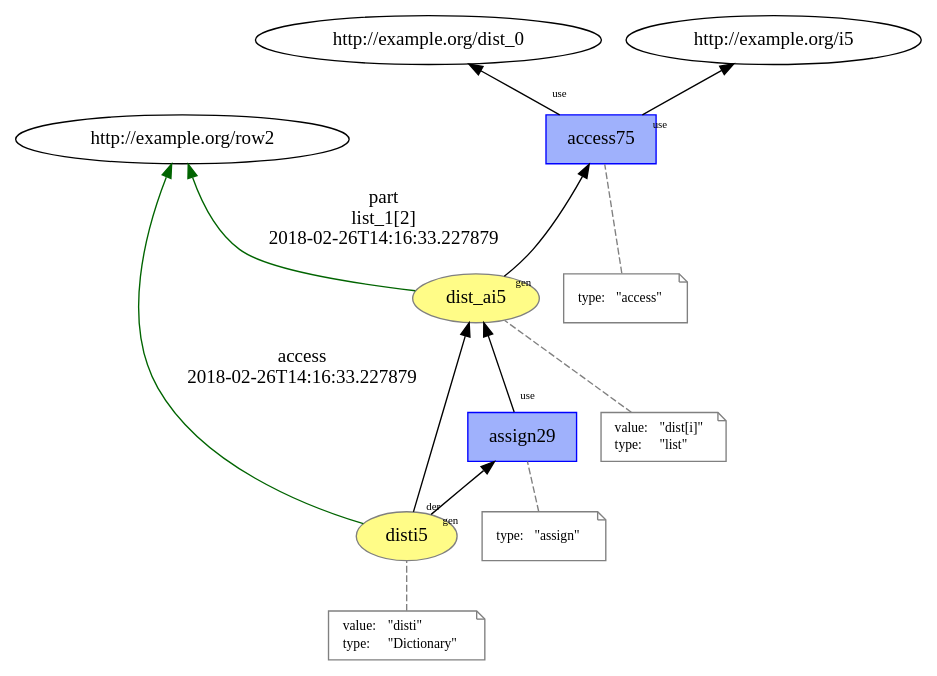
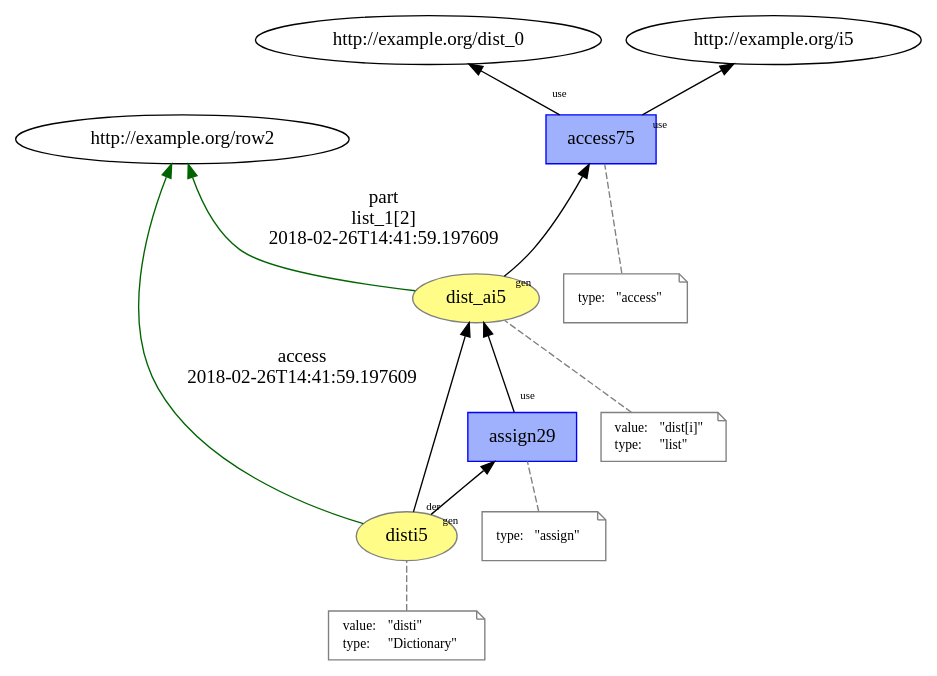
One commit to dew-uff/versioned-prov changed the diagram in mutable_prov/temp/L12__access__assign5.dot. Above: the diagram before and after it, drawn with Graphviz. The commit also changed 527 other files, not shown here.

```diff
--- a/mutable_prov/temp/L12__access__assign5.dot
+++ b/mutable_prov/temp/L12__access__assign5.dot
@@ -1,53 +1,53 @@
 digraph "PROV" { size="16,12"; rankdir="BT";
 "http://example.org/dist_ai5" [fillcolor="#FFFC87",color="#808080",style="filled",label="dist_ai5",URL="http://example.org/dist_ai5"]
 "-attrs0" [color="gray",shape="note",fontsize="10",fontcolor="black",label=<<TABLE cellpadding="0" border="0">
 	<TR>
 	    <TD align="left">value:</TD>
 	    <TD align="left">&quot;dist[i]&quot;</TD>
 	</TR>
 	<TR>
 	    <TD align="left">type:</TD>
 	    <TD align="left">&quot;list&quot;</TD>
 	</TR>
 </TABLE>>]
 "-attrs0" -> "http://example.org/dist_ai5" [color="gray",style="dashed",arrowhead="none"]
 "http://example.org/dist_ai5" -> "http://example.org/row2" [labelfontsize="8",labeldistance="1.5",color="darkgreen",labelangle="60.0",rotation="20",label="part
 list_1[2]
-2018-02-26T14:16:33.227879"]
+2018-02-26T14:41:59.197609"]
 "http://example.org/access75" [fillcolor="#9FB1FC",color="#0000FF",shape="polygon",sides="4",style="filled",label="access75",URL="http://example.org/access75"]
 "-attrs1" [color="gray",shape="note",fontsize="10",fontcolor="black",label=<<TABLE cellpadding="0" border="0">
 	<TR>
 	    <TD align="left">type:</TD>
 	    <TD align="left">&quot;access&quot;</TD>
 	</TR>
 </TABLE>>]
 "-attrs1" -> "http://example.org/access75" [color="gray",style="dashed",arrowhead="none"]
 "http://example.org/access75" -> "http://example.org/dist_0" [labelfontsize="8",labeldistance="1.5",labelangle="60.0",rotation="20",taillabel="use"]
 "http://example.org/access75" -> "http://example.org/i5" [labelfontsize="8",labeldistance="1.5",labelangle="60.0",rotation="20",taillabel="use"]
 "http://example.org/dist_ai5" -> "http://example.org/access75" [labelfontsize="8",labeldistance="1.5",labelangle="60.0",rotation="20",taillabel="gen"]
 "http://example.org/disti5" [fillcolor="#FFFC87",color="#808080",style="filled",label="disti5",URL="http://example.org/disti5"]
 "-attrs2" [color="gray",shape="note",fontsize="10",fontcolor="black",label=<<TABLE cellpadding="0" border="0">
 	<TR>
 	    <TD align="left">value:</TD>
 	    <TD align="left">&quot;disti&quot;</TD>
 	</TR>
 	<TR>
 	    <TD align="left">type:</TD>
 	    <TD align="left">&quot;Dictionary&quot;</TD>
 	</TR>
 </TABLE>>]
 "-attrs2" -> "http://example.org/disti5" [color="gray",style="dashed",arrowhead="none"]
 "http://example.org/disti5" -> "http://example.org/row2" [labelfontsize="8",labeldistance="1.5",color="darkgreen",labelangle="60.0",rotation="20",label="access
-2018-02-26T14:16:33.227879"]
+2018-02-26T14:41:59.197609"]
 "http://example.org/assign29" [fillcolor="#9FB1FC",color="#0000FF",shape="polygon",sides="4",style="filled",label="assign29",URL="http://example.org/assign29"]
 "-attrs3" [color="gray",shape="note",fontsize="10",fontcolor="black",label=<<TABLE cellpadding="0" border="0">
 	<TR>
 	    <TD align="left">type:</TD>
 	    <TD align="left">&quot;assign&quot;</TD>
 	</TR>
 </TABLE>>]
 "-attrs3" -> "http://example.org/assign29" [color="gray",style="dashed",arrowhead="none"]
 "http://example.org/assign29" -> "http://example.org/dist_ai5" [labelfontsize="8",labeldistance="1.5",labelangle="60.0",rotation="20",taillabel="use"]
 "http://example.org/disti5" -> "http://example.org/dist_ai5" [labelfontsize="8",labeldistance="1.5",labelangle="60.0",rotation="20",taillabel="der"]
 "http://example.org/disti5" -> "http://example.org/assign29" [labelfontsize="8",labeldistance="1.5",labelangle="60.0",rotation="20",taillabel="gen"]
 }
```
